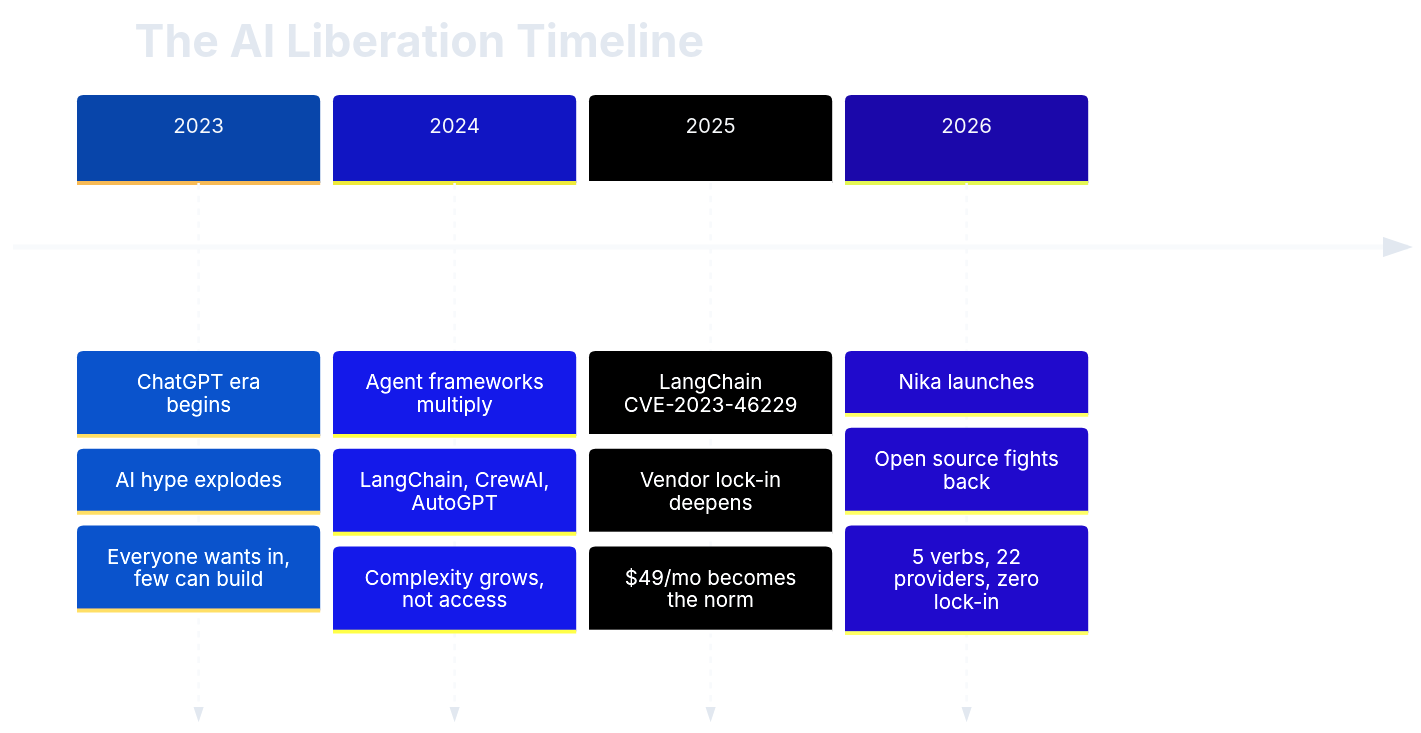
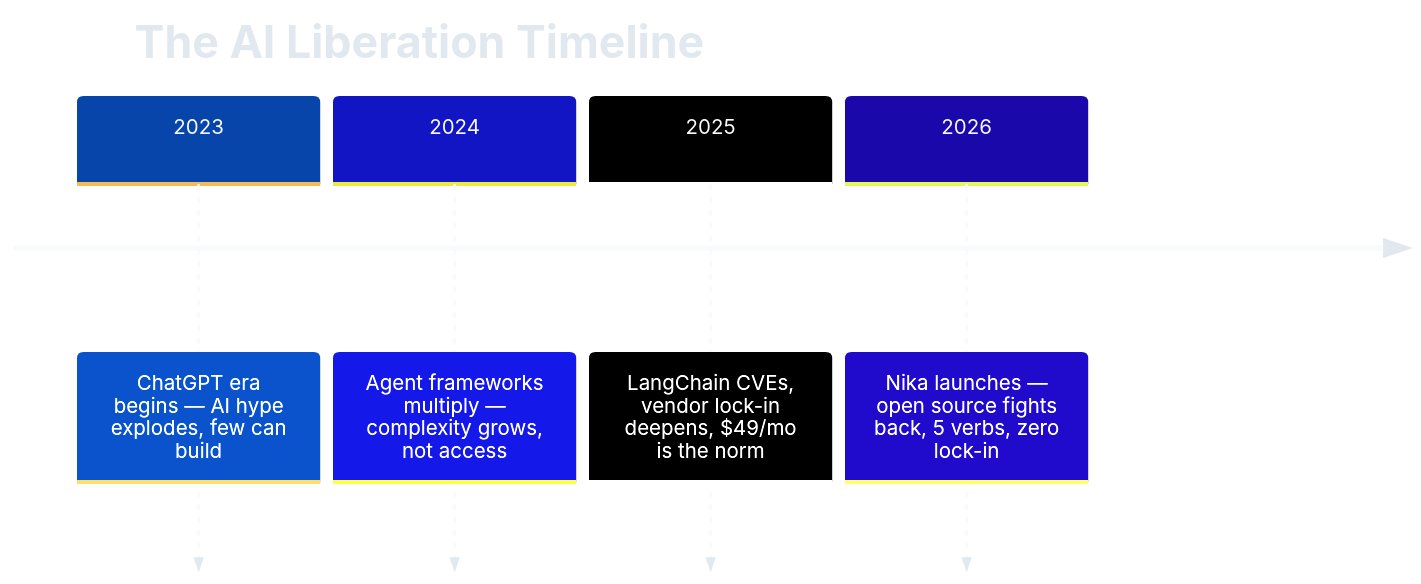
The second of 4 diagrams in MANIFESTO.md (supernovae-st/nika), drawn with Mermaid before and after one commit. The commit also changed other lines of this file and 1 other file, not shown here.

First line of the commit message:
docs: enrich MANIFESTO + Twitter thread with mermaid + image prompts

````diff
--- a/MANIFESTO.md
+++ b/MANIFESTO.md
@@ -91,27 +76,9 @@
 ```mermaid
-%%{init: {'theme': 'base', 'themeVariables': {
-  'primaryColor': '#3b82f6',
-  'primaryTextColor': '#f8fafc',
-  'primaryBorderColor': '#2563eb',
-  'secondaryColor': '#6366f1',
-  'tertiaryColor': '#0f172a',
-  'lineColor': '#64748b',
-  'textColor': '#e2e8f0',
-  'mainBkg': '#1e293b',
-  'nodeBorder': '#3b82f6'
-}}}%%
+%%{init: {'theme': 'base', 'themeVariables': {'primaryColor': '#3b82f6', 'primaryTextColor': '#f8fafc', 'primaryBorderColor': '#2563eb', 'secondaryColor': '#6366f1', 'tertiaryColor': '#0f172a', 'lineColor': '#64748b', 'textColor': '#e2e8f0', 'mainBkg': '#1e293b', 'nodeBorder': '#3b82f6'}}}%%
 timeline
     title The AI Liberation Timeline
-    2023 : ChatGPT era begins
-         : AI hype explodes
-         : Everyone wants in, few can build
-    2024 : Agent frameworks multiply
-         : LangChain, CrewAI, AutoGPT
-         : Complexity grows, not access
-    2025 : LangChain CVE-2023-46229
-         : Vendor lock-in deepens
-         : $49/mo becomes the norm
-    2026 : Nika launches
-         : Open source fights back
-         : 5 verbs, 22 providers, zero lock-in
+    2023 : ChatGPT era begins — AI hype explodes, few can build
+    2024 : Agent frameworks multiply — complexity grows, not access
+    2025 : LangChain CVEs, vendor lock-in deepens, $49/mo is the norm
+    2026 : Nika launches — open source fights back, 5 verbs, zero lock-in
 ```
````
